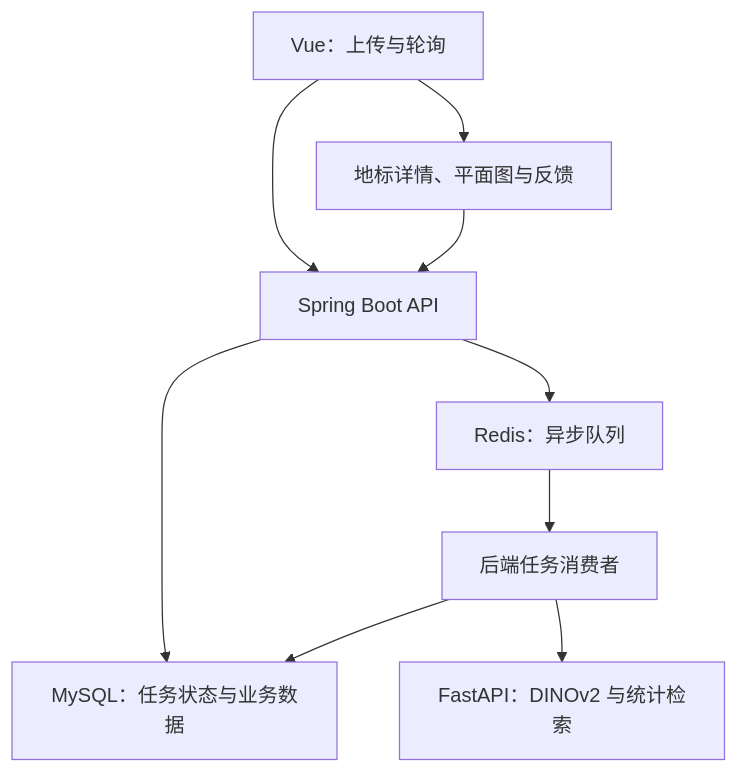
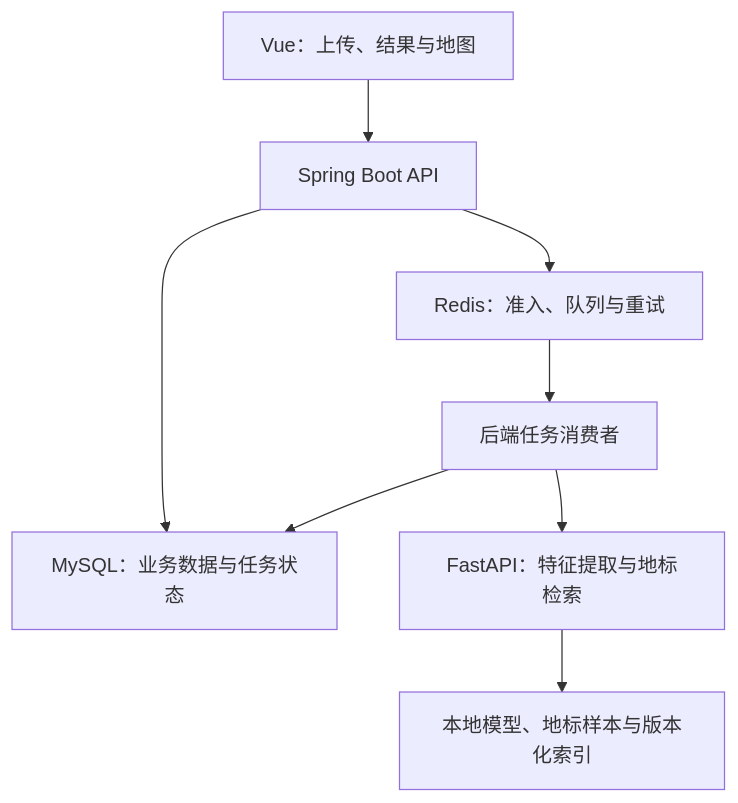
Before and after one commit to Dong-Fang-Bu-Bai/Campuslens: the diagram in README.md, drawn with Mermaid. The commit also changed other lines of this file and 38 other files, not shown here.

````diff
--- a/README.md
+++ b/README.md
@@ -26,11 +33,10 @@
 ```mermaid
 flowchart TD
-    A["Vue：上传与轮询"] --> B["Spring Boot API"]
-    B --> C["MySQL：任务状态与业务数据"]
-    B --> D["Redis：异步队列"]
-    D --> E["后端任务消费者"]
-    E --> F["FastAPI：DINOv2 与统计检索"]
-    E --> C
-    A --> G["地标详情、平面图与反馈"]
-    G --> B
+    UI["Vue：上传、结果与地图"] --> API["Spring Boot API"]
+    API --> DB["MySQL：业务数据与任务状态"]
+    API --> Q["Redis：准入、队列与重试"]
+    Q --> W["后端任务消费者"]
+    W --> A["FastAPI：特征提取与地标检索"]
+    W --> DB
+    A --> I["本地模型、地标样本与版本化索引"]
 ```
````
